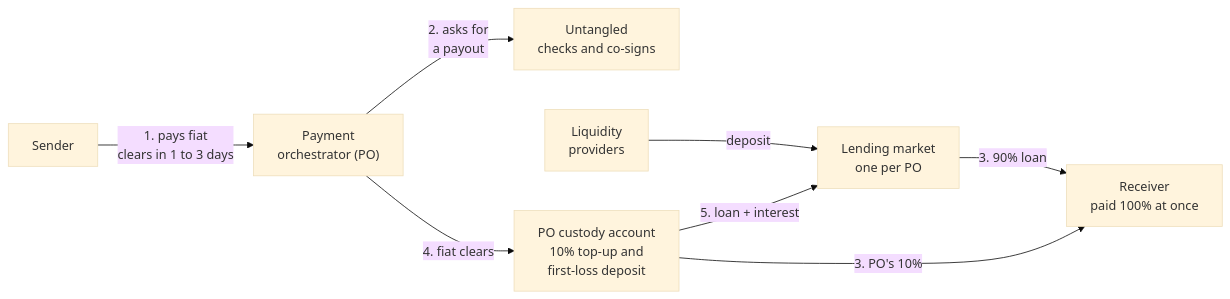
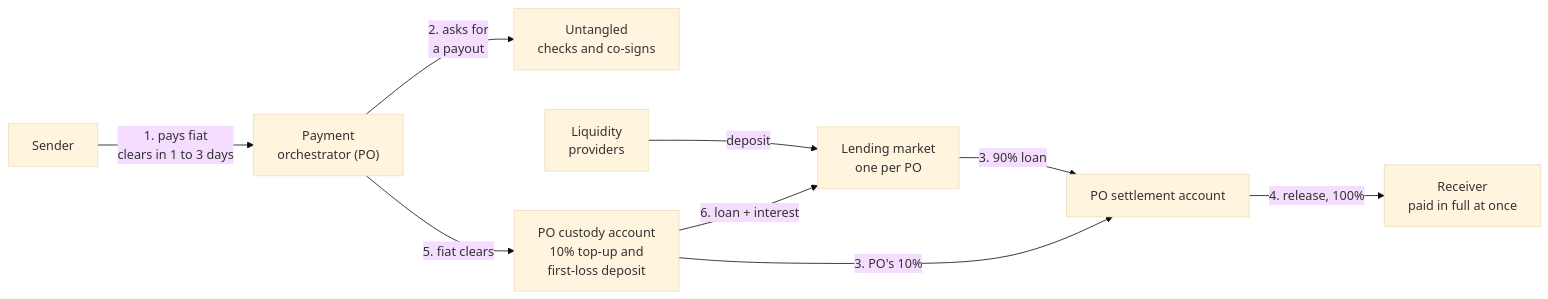
Before and after one commit to untangledfinance/untangled-docs: the diagram in docs/payfi/02.problem-and-model.md, drawn with Mermaid (base theme). The commit also changed other lines of this file and 10 other files, not shown here.

````diff
--- a/docs/payfi/02.problem-and-model.md
+++ b/docs/payfi/02.problem-and-model.md
@@ -37,10 +37,11 @@
 ```mermaid
 flowchart LR
   SND["Sender"] -->|"1. pays fiat<br/>clears in 1 to 3 days"| PO["Payment<br/>orchestrator (PO)"]
   PO -->|"2. asks for<br/>a payout"| UNT["Untangled<br/>checks and co-signs"]
   LP["Liquidity<br/>providers"] -->|"deposit"| MKT["Lending market<br/>one per PO"]
-  MKT -->|"3. 90% loan"| RCV["Receiver<br/>paid 100% at once"]
-  CUS["PO custody account<br/>10% top-up and<br/>first-loss deposit"] -->|"3. PO's 10%"| RCV
-  PO -->|"4. fiat clears"| CUS
-  CUS -->|"5. loan + interest"| MKT
+  MKT -->|"3. 90% loan"| SET["PO settlement account"]
+  CUS["PO custody account<br/>10% top-up and<br/>first-loss deposit"] -->|"3. PO's 10%"| SET
+  SET -->|"4. release, 100%"| RCV["Receiver<br/>paid in full at once"]
+  PO -->|"5. fiat clears"| CUS
+  CUS -->|"6. loan + interest"| MKT
 ```
````
